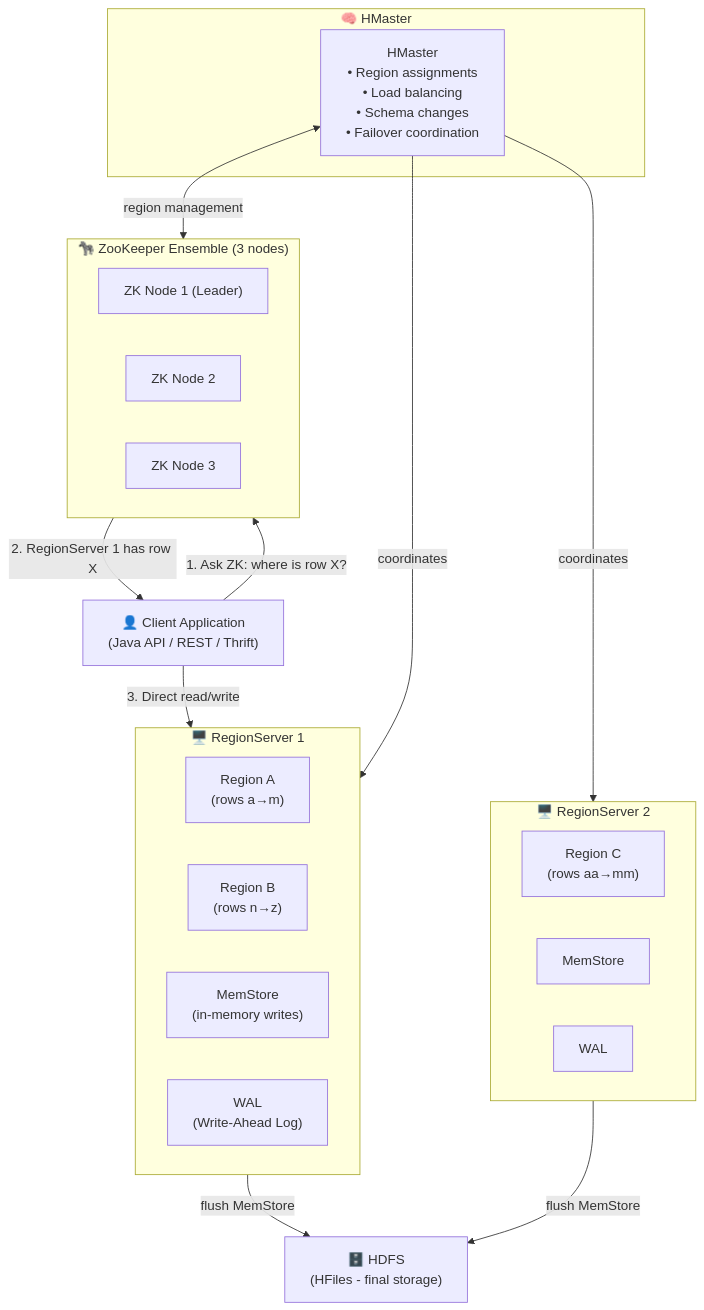
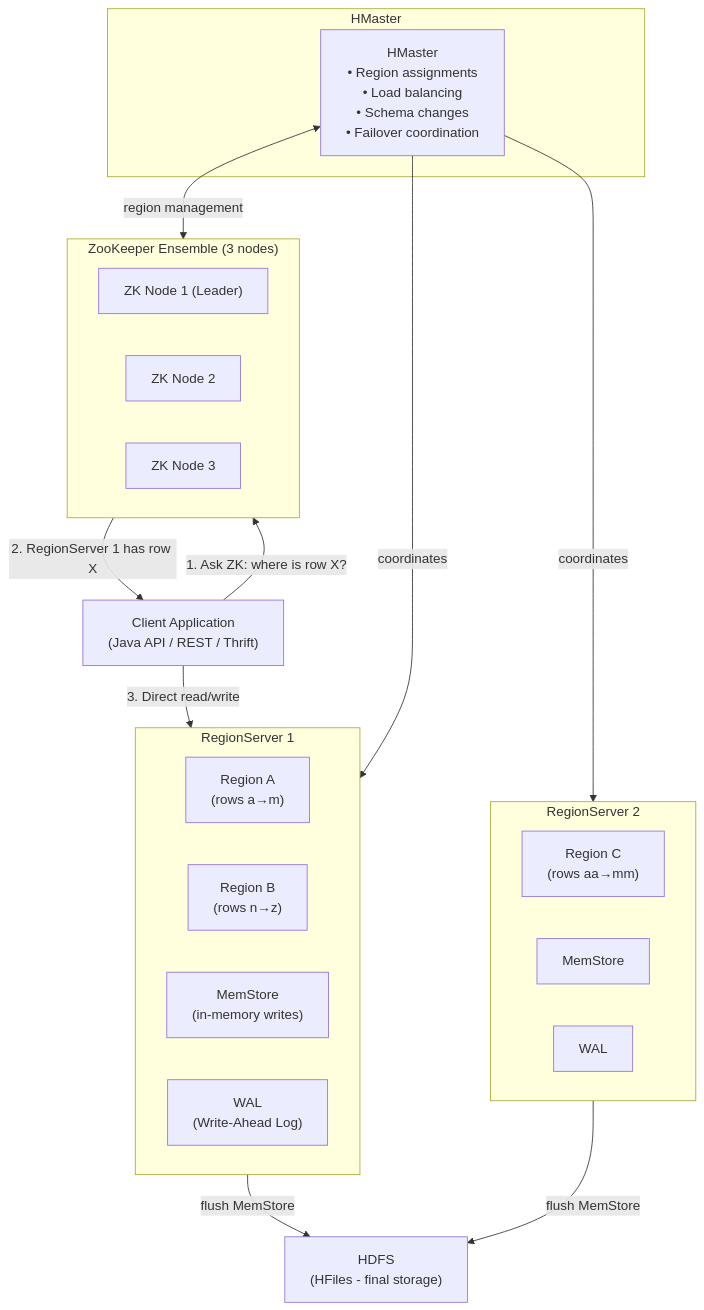
The third of 6 diagrams in UNITS/UNIT 4/unit-4-english-fun.md (NK2552003/Big-Data-Survival-Guide), drawn with Mermaid before and after one commit. The commit also changed other lines of this file and 78 other files, not shown here.

````diff
--- a/UNITS/UNIT 4/unit-4-english-fun.md
+++ b/UNITS/UNIT 4/unit-4-english-fun.md
@@ -1016,36 +1011,36 @@
 ```mermaid
 flowchart TB
-    Client["👤 Client Application\n(Java API / REST / Thrift)"]
+ Client[" Client Application\n(Java API / REST / Thrift)"]
 
-    subgraph ZK["🦓 ZooKeeper Ensemble (3 nodes)"]
-        ZK1["ZK Node 1 (Leader)"]
-        ZK2["ZK Node 2"]
-        ZK3["ZK Node 3"]
-    end
+ subgraph ZK[" ZooKeeper Ensemble (3 nodes)"]
+ ZK1["ZK Node 1 (Leader)"]
+ ZK2["ZK Node 2"]
+ ZK3["ZK Node 3"]
+ end
 
-    subgraph Master["🧠 HMaster"]
-        HM["HMaster\n• Region assignments\n• Load balancing\n• Schema changes\n• Failover coordination"]
-    end
+ subgraph Master[" HMaster"]
+ HM["HMaster\n• Region assignments\n• Load balancing\n• Schema changes\n• Failover coordination"]
+ end
 
-    subgraph RS1["🖥️ RegionServer 1"]
-        R1A["Region A\n(rows a→m)"]
-        R1B["Region B\n(rows n→z)"]
-        MS1["MemStore\n(in-memory writes)"]
-        WAL1["WAL\n(Write-Ahead Log)"]
-    end
+ subgraph RS1[" RegionServer 1"]
+ R1A["Region A\n(rows a→m)"]
+ R1B["Region B\n(rows n→z)"]
+ MS1["MemStore\n(in-memory writes)"]
+ WAL1["WAL\n(Write-Ahead Log)"]
+ end
 
-    subgraph RS2["🖥️ RegionServer 2"]
-        R2A["Region C\n(rows aa→mm)"]
-        MS2["MemStore"]
-        WAL2["WAL"]
-    end
+ subgraph RS2[" RegionServer 2"]
+ R2A["Region C\n(rows aa→mm)"]
+ MS2["MemStore"]
+ WAL2["WAL"]
+ end
 
-    HDFS["🗄️ HDFS\n(HFiles - final storage)"]
+ HDFS[" HDFS\n(HFiles - final storage)"]
 
-    Client -->|"1. Ask ZK: where is row X?"| ZK
-    ZK -->|"2. RegionServer 1 has row X"| Client
-    Client -->|"3. Direct read/write"| RS1
-    HM <-->|"region management"| ZK
-    RS1 & RS2 -->|"flush MemStore"| HDFS
-    HM -->|"coordinates"| RS1 & RS2
+ Client -->|"1. Ask ZK: where is row X?"| ZK
+ ZK -->|"2. RegionServer 1 has row X"| Client
+ Client -->|"3. Direct read/write"| RS1
+ HM <-->|"region management"| ZK
+ RS1 & RS2 -->|"flush MemStore"| HDFS
+ HM -->|"coordinates"| RS1 & RS2
 ```
````
